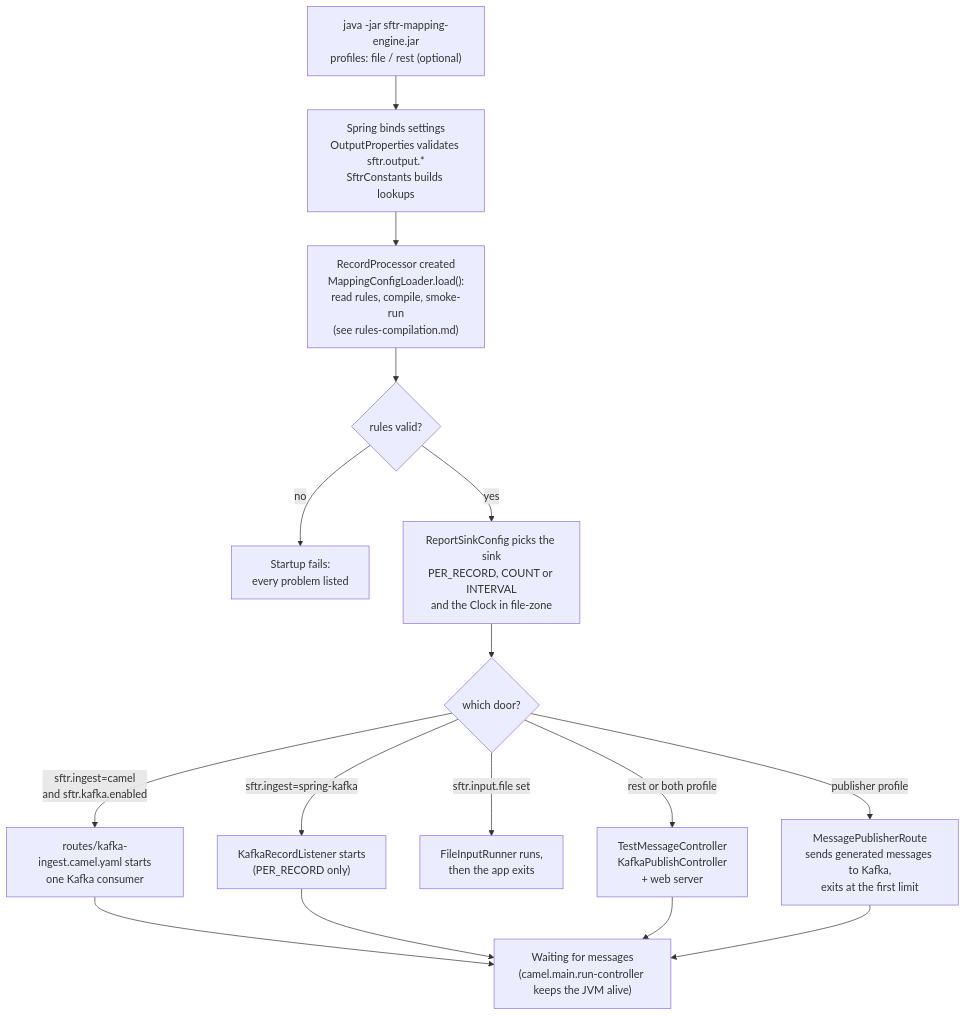
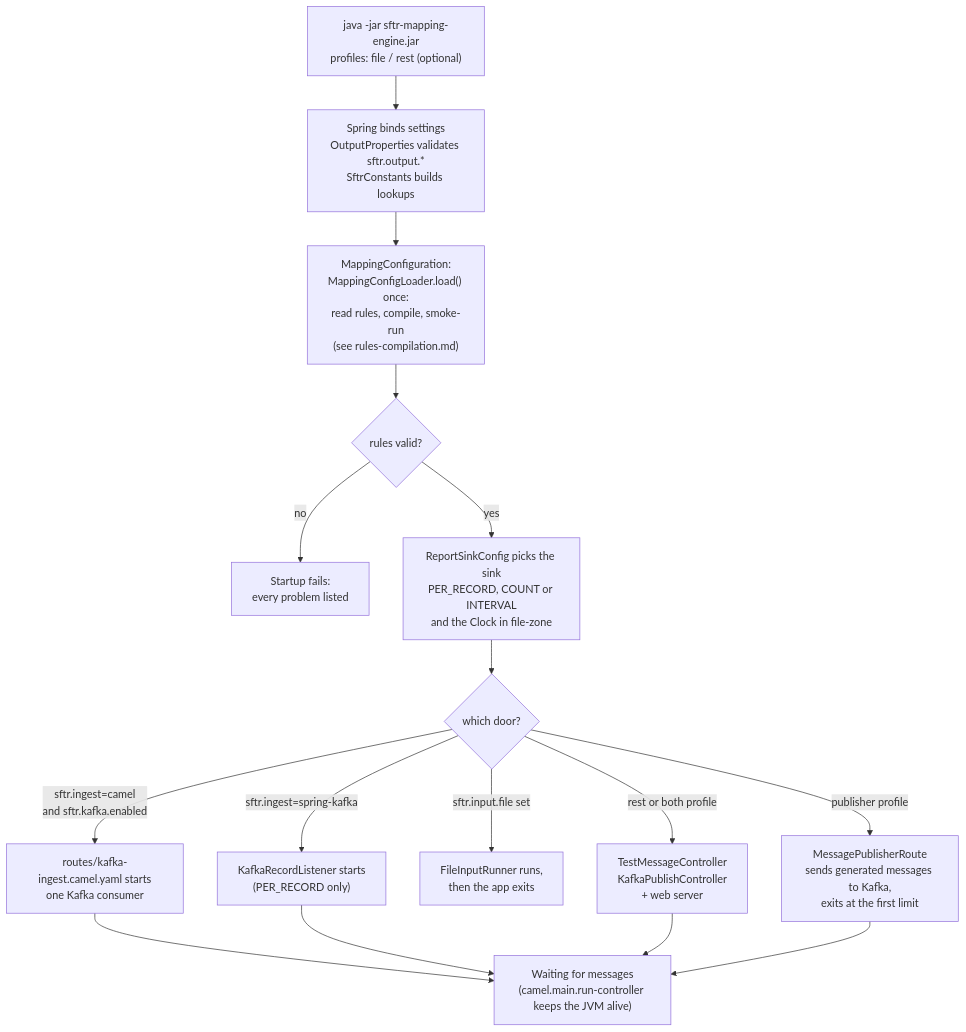
The first of 2 diagrams in docs/code-flow-and-classes.md (shanregs/msg-transformer), drawn with Mermaid before and after one commit. The commit also changed other lines of this file and 18 other files, not shown here.

First line of the commit message:
Decouple the report sinks from RecordProcessor (#14)

````diff
--- a/docs/code-flow-and-classes.md
+++ b/docs/code-flow-and-classes.md
@@ -18,18 +18,18 @@
 ```mermaid
 flowchart TD
     A["java -jar sftr-mapping-engine.jar<br/>profiles: file / rest (optional)"] --> B["Spring binds settings<br/>OutputProperties validates sftr.output.*<br/>SftrConstants builds lookups"]
-    B --> C["RecordProcessor created<br/>MappingConfigLoader.load():<br/>read rules, compile, smoke-run<br/>(see rules-compilation.md)"]
+    B --> C["MappingConfiguration:<br/>MappingConfigLoader.load() once:<br/>read rules, compile, smoke-run<br/>(see rules-compilation.md)"]
     C --> D{"rules valid?"}
     D -->|no| X["Startup fails:<br/>every problem listed"]
     D -->|yes| E["ReportSinkConfig picks the sink<br/>PER_RECORD, COUNT or INTERVAL<br/>and the Clock in file-zone"]
     E --> F{"which door?"}
     F -->|"sftr.ingest=camel<br/>and sftr.kafka.enabled"| G["routes/kafka-ingest.camel.yaml starts<br/>one Kafka consumer"]
     F -->|"sftr.ingest=spring-kafka"| H["KafkaRecordListener starts<br/>(PER_RECORD only)"]
     F -->|"sftr.input.file set"| I["FileInputRunner runs,<br/>then the app exits"]
     F -->|"rest or both profile"| J["TestMessageController<br/>KafkaPublishController<br/>+ web server"]
     F -->|"publisher profile"| PB["MessagePublisherRoute<br/>sends generated messages to Kafka,<br/>exits at the first limit"]
     G --> K["Waiting for messages<br/>(camel.main.run-controller keeps the JVM alive)"]
     H --> K
     J --> K
     PB --> K
 ```
````
